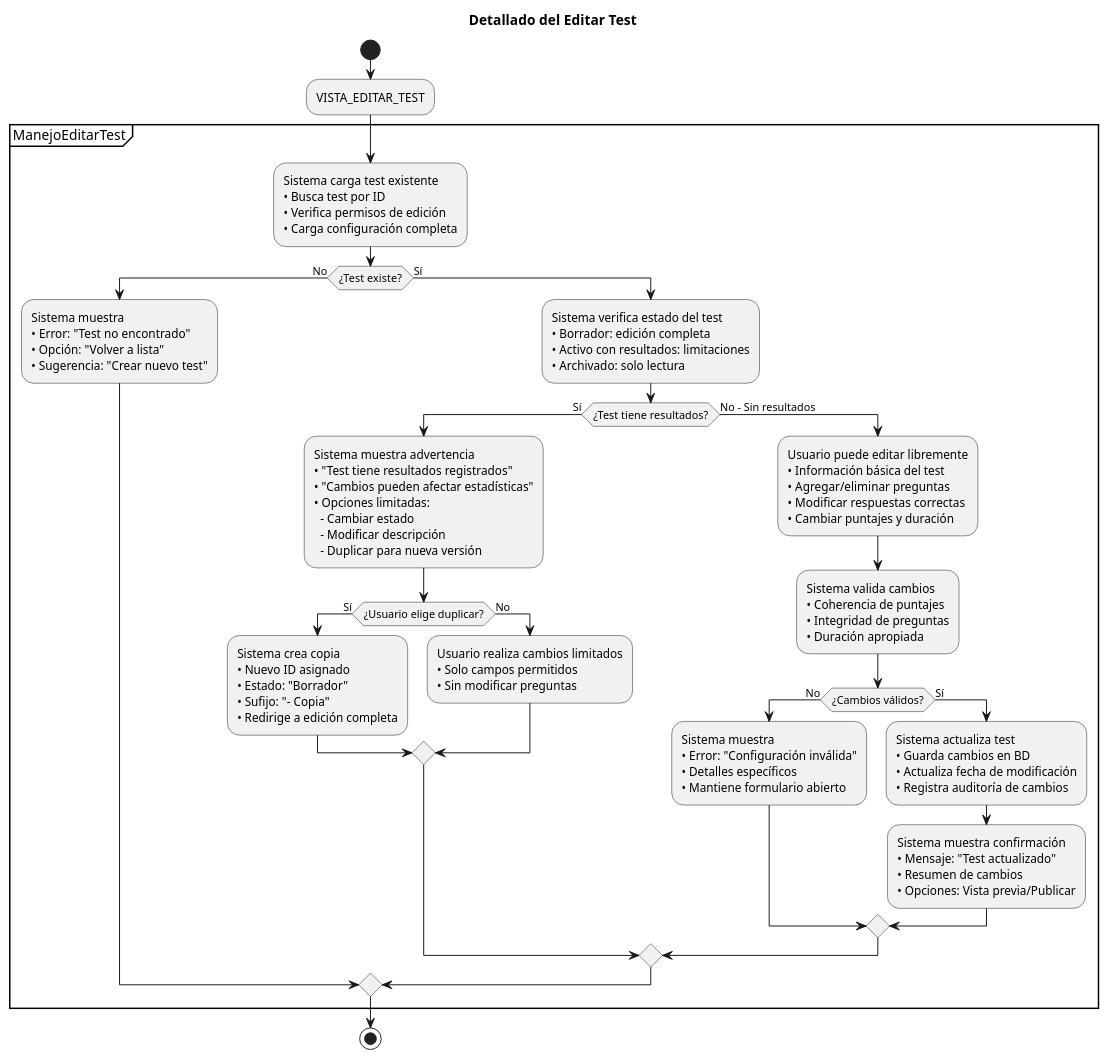
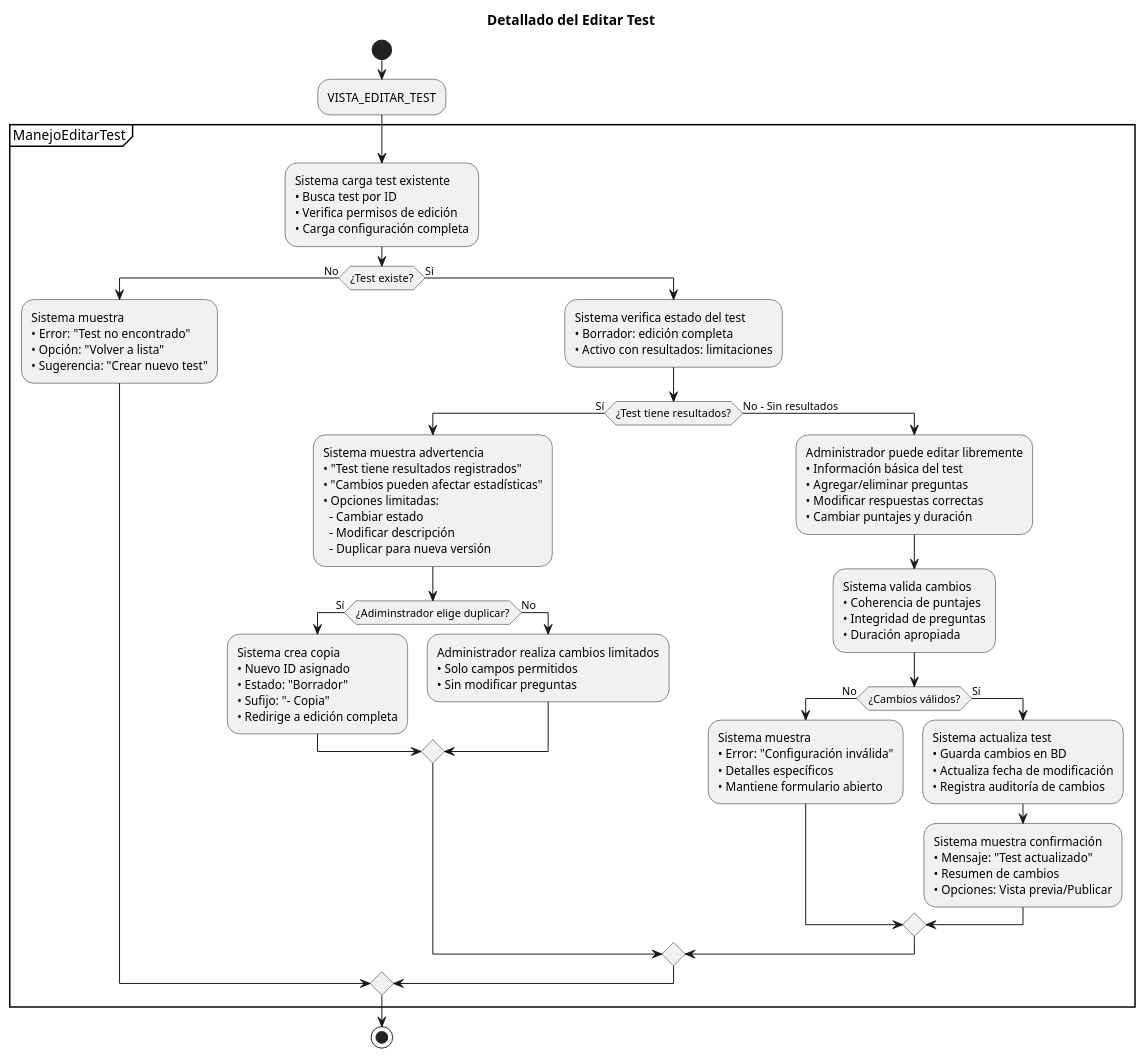
The diagram in casos_de_uso/diagramas_casos_de_uso_detallados/editar_test.puml (Dievex/24-25-IdSw1-SDR), drawn with PlantUML before and after one commit. The commit also changed 3 other files, not shown here.

Commit message:
docs(use-case-diagrams): update actor role from "Usuario" to "Administrador" changed from

```diff
--- a/casos_de_uso/diagramas_casos_de_uso_detallados/editar_test.puml
+++ b/casos_de_uso/diagramas_casos_de_uso_detallados/editar_test.puml
@@ -1,88 +1,88 @@
 @startuml
 title Detallado del Editar Test
 
 start
 
 :VISTA_EDITAR_TEST;
 
 partition ManejoEditarTest {
   
   :Sistema carga test existente
   • Busca test por ID
   • Verifica permisos de edición
   • Carga configuración completa;
   
   if (¿Test existe?) then (No)
     :Sistema muestra
     • Error: "Test no encontrado"
     • Opción: "Volver a lista"
     • Sugerencia: "Crear nuevo test";
     
   else (Sí)
     :Sistema verifica estado del test
     • Borrador: edición completa
-    • Activo con resultados: limitaciones
-    • Archivado: solo lectura;
+    • Activo con resultados: limitaciones;
+    
     
     if (¿Test tiene resultados?) then (Sí)
       :Sistema muestra advertencia
       • "Test tiene resultados registrados"
       • "Cambios pueden afectar estadísticas"
       • Opciones limitadas:
         - Cambiar estado
         - Modificar descripción
         - Duplicar para nueva versión;
       
-      if (¿Usuario elige duplicar?) then (Sí)
+      if (¿Adiminstrador elige duplicar?) then (Sí)
         :Sistema crea copia
         • Nuevo ID asignado
         • Estado: "Borrador"
         • Sufijo: "- Copia"
         • Redirige a edición completa;
         
       else (No)
-        :Usuario realiza cambios limitados
+        :Administrador realiza cambios limitados
         • Solo campos permitidos
         • Sin modificar preguntas;
         
       endif
       
     else (No - Sin resultados)
-      :Usuario puede editar libremente
+      :Administrador puede editar libremente
       • Información básica del test
       • Agregar/eliminar preguntas
       • Modificar respuestas correctas
       • Cambiar puntajes y duración;
       
       :Sistema valida cambios
       • Coherencia de puntajes
       • Integridad de preguntas
       • Duración apropiada;
       
       if (¿Cambios válidos?) then (No)
         :Sistema muestra
         • Error: "Configuración inválida"
         • Detalles específicos
         • Mantiene formulario abierto;
         
       else (Sí)
         :Sistema actualiza test
         • Guarda cambios en BD
         • Actualiza fecha de modificación
         • Registra auditoría de cambios;
         
         :Sistema muestra confirmación
         • Mensaje: "Test actualizado"
         • Resumen de cambios
         • Opciones: Vista previa/Publicar;
         
       endif
       
     endif
     
   endif
   
 }
 
 stop
 @enduml
```
